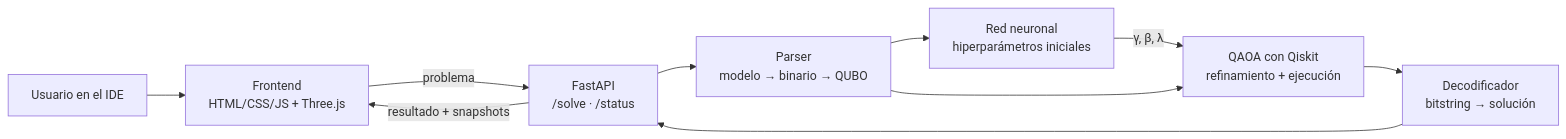
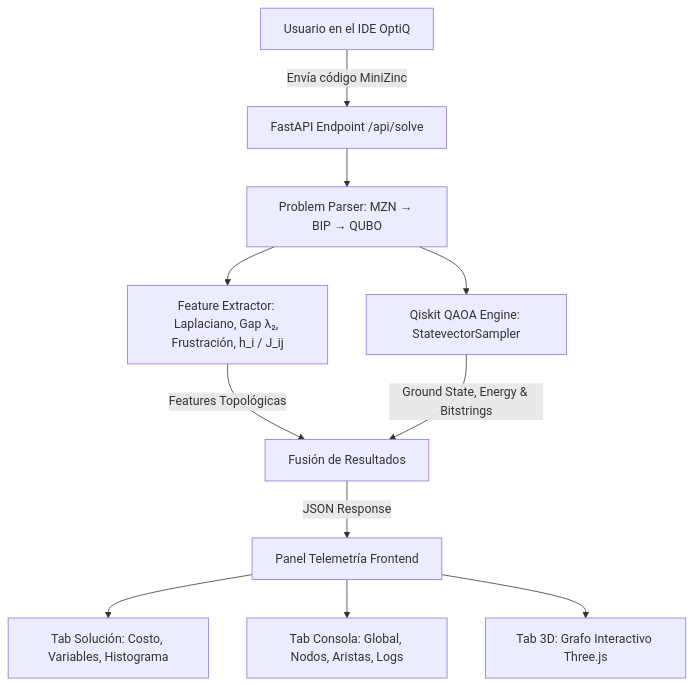
The diagram in README.md (samuelArenas2005/OptiQ), drawn with Mermaid before and after one commit. The commit also changed other lines of this file and 1 other file, not shown here.

````diff
--- a/README.md
+++ b/README.md
@@ -42,20 +79,13 @@
 ```mermaid
-flowchart LR
-    user[Usuario en el IDE]
-    web[Frontend<br/>HTML/CSS/JS + Three.js]
-    api[FastAPI<br/>/solve · /status]
-    parser[Parser<br/>modelo → binario → QUBO]
-    ml[Red neuronal<br/>hiperparámetros iniciales]
-    qaoa[QAOA con Qiskit<br/>refinamiento + ejecución]
-    decode[Decodificador<br/>bitstring → solución]
-
-    user --> web
-    web -->|problema| api
-    api --> parser
-    parser --> ml
-    ml -->|γ, β, λ| qaoa
-    parser --> qaoa
-    qaoa --> decode
-    decode --> api
-    api -->|resultado + snapshots| web
+flowchart TD
+    A[Usuario en el IDE OptiQ] -->|Envía código MiniZinc| B[FastAPI Endpoint /api/solve]
+    B --> C[Problem Parser: MZN → BIP → QUBO]
+    C --> D[Feature Extractor: Laplaciano, Gap λ₂, Frustración, h_i / J_ij]
+    C --> E[Qiskit QAOA Engine: StatevectorSampler]
+    D -->|Features Topológicas| F[Fusión de Resultados]
+    E -->|Ground State, Energy & Bitstrings| F
+    F -->|JSON Response| G[Panel Telemetría Frontend]
+    G --> H[Tab Solución: Costo, Variables, Histograma]
+    G --> I[Tab Consola: Global, Nodos, Aristas, Logs]
+    G --> J[Tab 3D: Grafo Interactivo Three.js]
 ```
````
